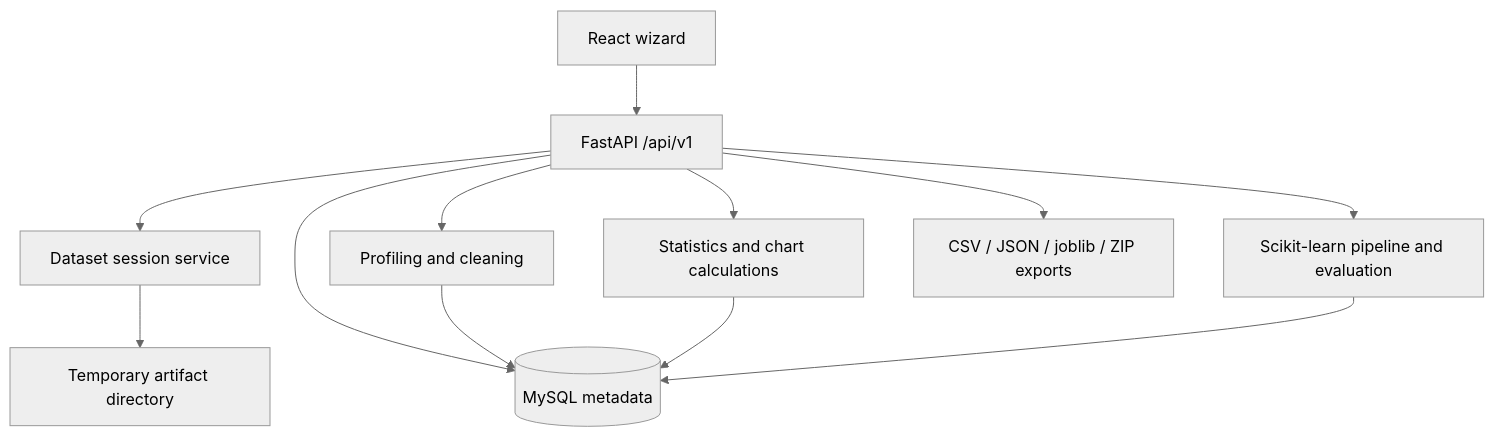
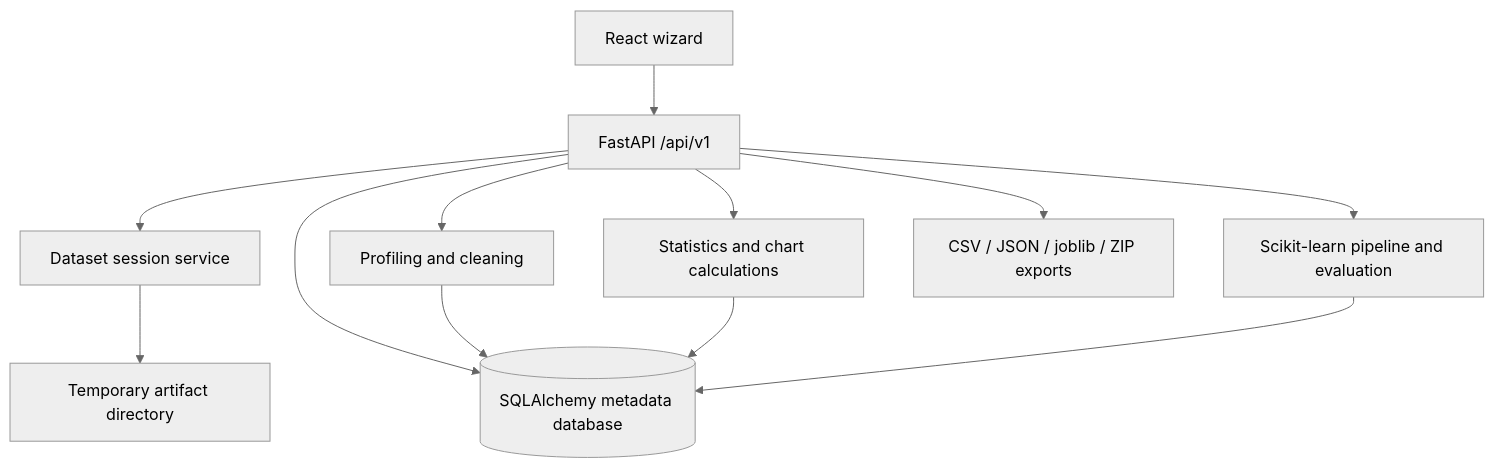
One commit to shardulnaik/TabularWorkbench changed the diagram in docs/architecture.md. Above: the diagram before and after it, drawn with Mermaid (neutral theme). The commit also changed other lines of this file and 11 other files, not shown here.

````diff
--- a/docs/architecture.md
+++ b/docs/architecture.md
@@ -5,14 +5,14 @@
 ```mermaid
 flowchart TD
     Browser[React wizard] --> API[FastAPI /api/v1]
     API --> Session[Dataset session service]
     Session --> Artifacts[Temporary artifact directory]
     API --> Profile[Profiling and cleaning]
     API --> EDA[Statistics and chart calculations]
     API --> ML[Scikit-learn pipeline and evaluation]
     API --> Export[CSV / JSON / joblib / ZIP exports]
-    API --> SQL[(MySQL metadata)]
+    API --> SQL[(SQLAlchemy metadata database)]
     Profile --> SQL
     EDA --> SQL
     ML --> SQL
 ```
````
